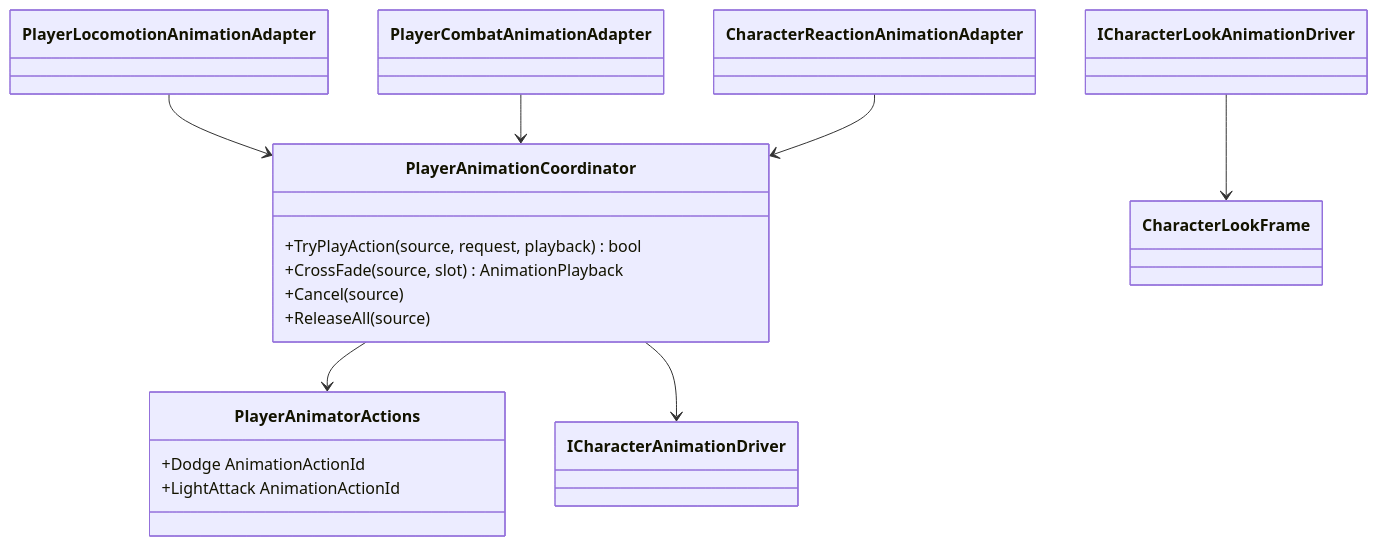
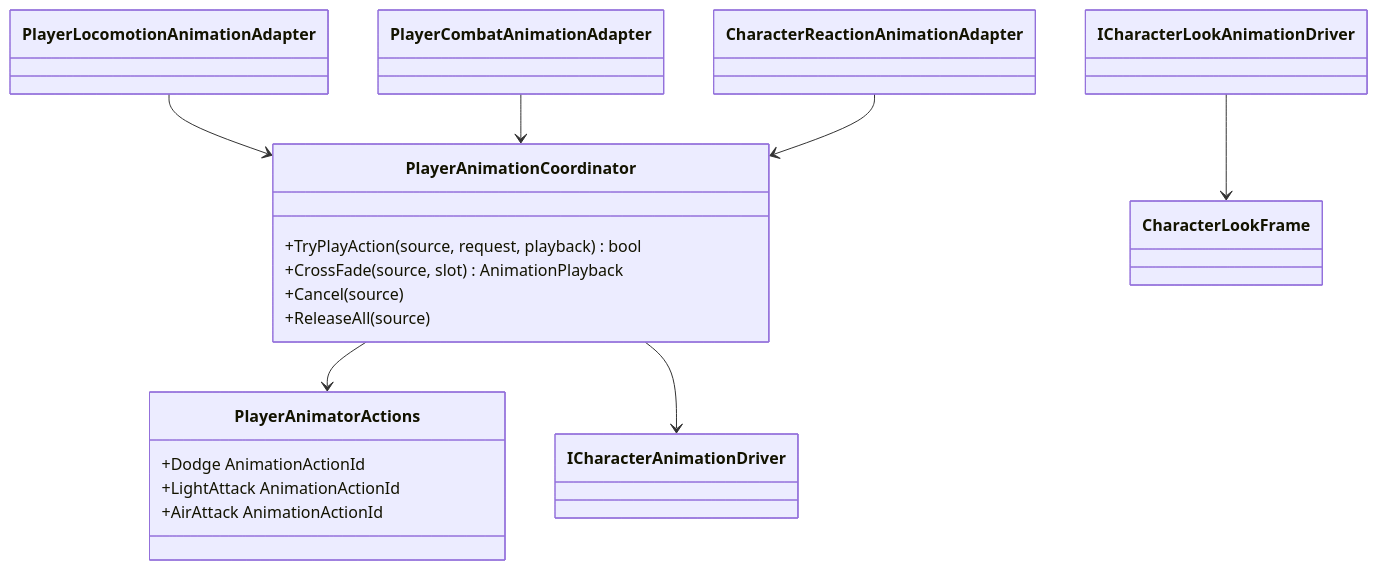
Before and after one commit to MaximFonariuc/project-s: the diagram in Assets/_App/Core/Runtime/Character/AnimationController/README.md, drawn with Mermaid. The commit also changed other lines of this file and 173 other files, not shown here.

````diff
--- a/Assets/_App/Core/Runtime/Character/AnimationController/README.md
+++ b/Assets/_App/Core/Runtime/Character/AnimationController/README.md
@@ -8,26 +8,27 @@
 ```mermaid
 classDiagram
     class PlayerAnimatorActions {
         +Dodge AnimationActionId
         +LightAttack AnimationActionId
+        +AirAttack AnimationActionId
     }
     class PlayerAnimationCoordinator {
         +TryPlayAction(source, request, playback) bool
         +CrossFade(source, slot) AnimationPlayback
         +Cancel(source)
         +ReleaseAll(source)
     }
     class ICharacterAnimationDriver
     class ICharacterLookAnimationDriver
     class CharacterLookFrame
     class PlayerLocomotionAnimationAdapter
     class PlayerCombatAnimationAdapter
     class CharacterReactionAnimationAdapter
 
     PlayerLocomotionAnimationAdapter --> PlayerAnimationCoordinator
     PlayerCombatAnimationAdapter --> PlayerAnimationCoordinator
     CharacterReactionAnimationAdapter --> PlayerAnimationCoordinator
     PlayerAnimationCoordinator --> PlayerAnimatorActions
     PlayerAnimationCoordinator --> ICharacterAnimationDriver
     ICharacterLookAnimationDriver --> CharacterLookFrame
 ```
````
